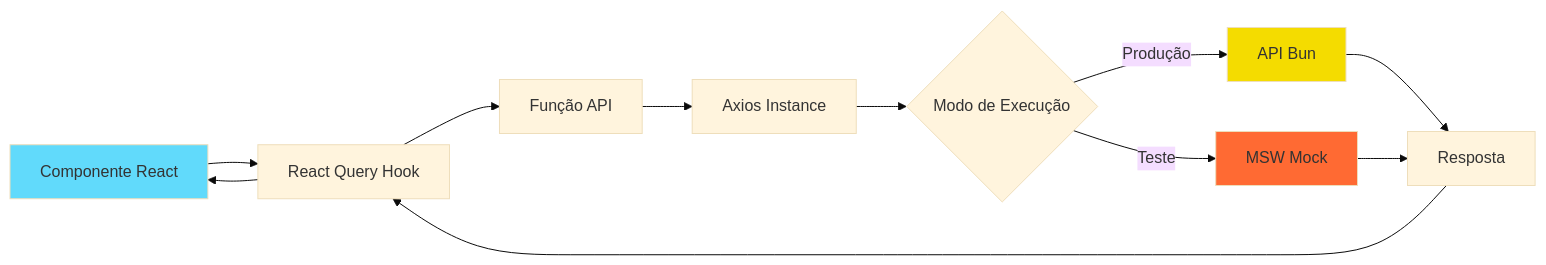
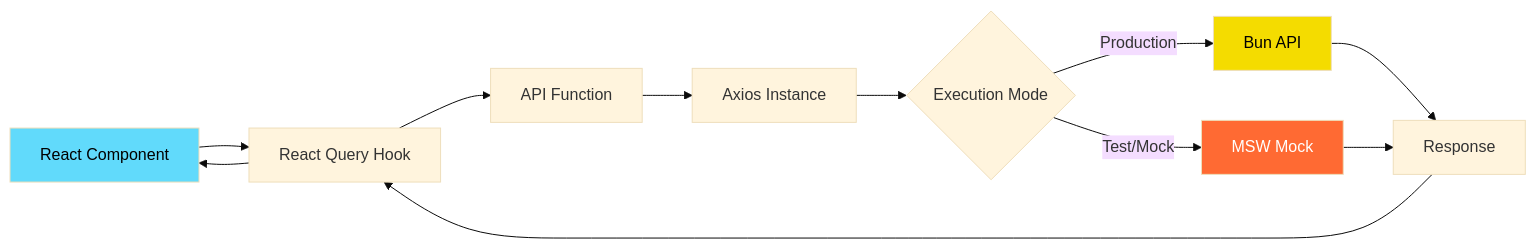
The first of 2 diagrams in README.md (patrick-cuppi/pizza-shop-frontend), drawn with Mermaid (base theme) before and after one commit. The commit also changed other lines of this file, not shown here.

````diff
--- a/README.md
+++ b/README.md
@@ -102,17 +103,17 @@
 ```mermaid
 graph LR
-    A[Componente React] --> B[React Query Hook]
-    B --> C[Função API]
+    A[React Component] --> B[React Query Hook]
+    B --> C[API Function]
     C --> D[Axios Instance]
-    D --> E{Modo de Execução}
-    E -->|Produção| F[API Bun]
-    E -->|Teste| G[MSW Mock]
-    F --> H[Resposta]
+    D --> E{Execution Mode}
+    E -->|Production| F[Bun API]
+    E -->|Test/Mock| G[MSW Mock]
+    F --> H[Response]
     G --> H
     H --> B
     B --> A
     
-    style A fill:#61dafb
-    style F fill:#f4dc00
-    style G fill:#ff6a33
+    style A fill:#61dafb,color:#000
+    style F fill:#f4dc00,color:#000
+    style G fill:#ff6a33,color:#fff
 ```
````
